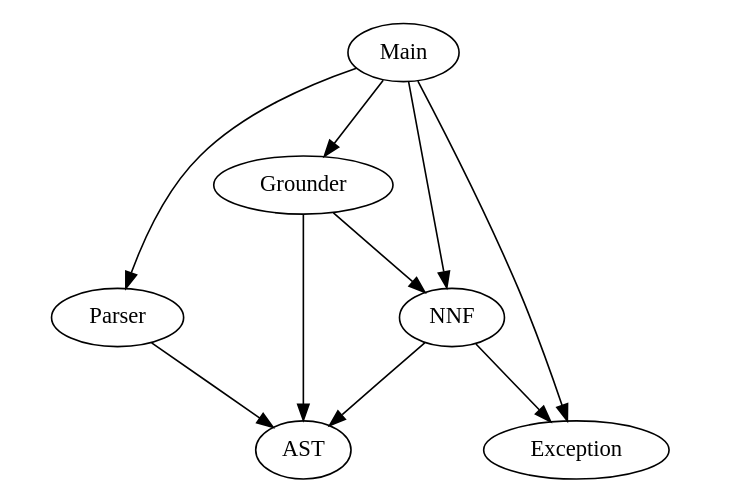
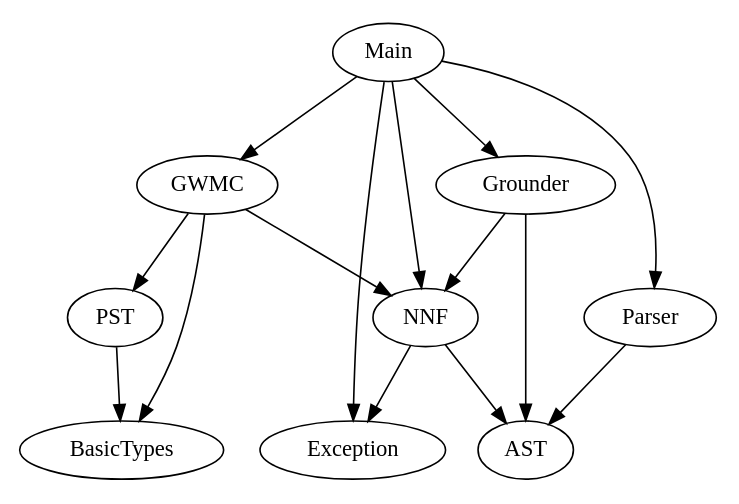
Before and after one commit to SteffenMichels/IHPMC: the diagram in dependencies.dot, drawn with Graphviz. The commit also changed 9 other files, not shown here.

```diff
--- a/dependencies.dot
+++ b/dependencies.dot
@@ -1,20 +1,28 @@
 digraph G {
 size="6,4";
 ratio="fill";
-u5[label="Parser"];
-u4[label="NNF"];
-u3[label="Main"];
-u2[label="Grounder"];
-u1[label="Exception"];
+u8[label="PST"];
+u7[label="Parser"];
+u6[label="NNF"];
+u5[label="Main"];
+u4[label="GWMC"];
+u3[label="Grounder"];
+u2[label="Exception"];
+u1[label="BasicTypes"];
 u0[label="AST"];
-u2 -> u0;
-u2 -> u4;
-u3 -> u1;
-u3 -> u2;
-u3 -> u4;
-u3 -> u5;
-u4 -> u0;
+u3 -> u0;
+u3 -> u6;
 u4 -> u1;
-u5 -> u0;
+u4 -> u6;
+u4 -> u8;
+u5 -> u2;
+u5 -> u3;
+u5 -> u4;
+u5 -> u6;
+u5 -> u7;
+u6 -> u0;
+u6 -> u2;
+u7 -> u0;
+u8 -> u1;
 
 }
```
